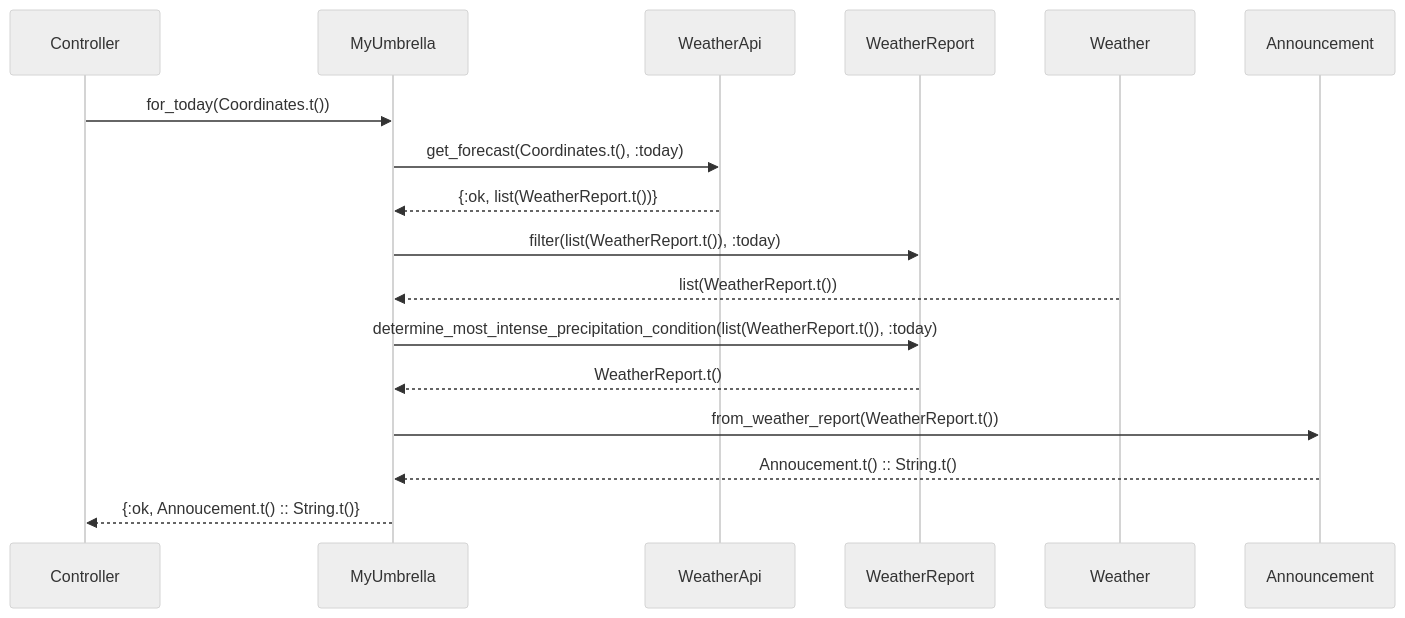
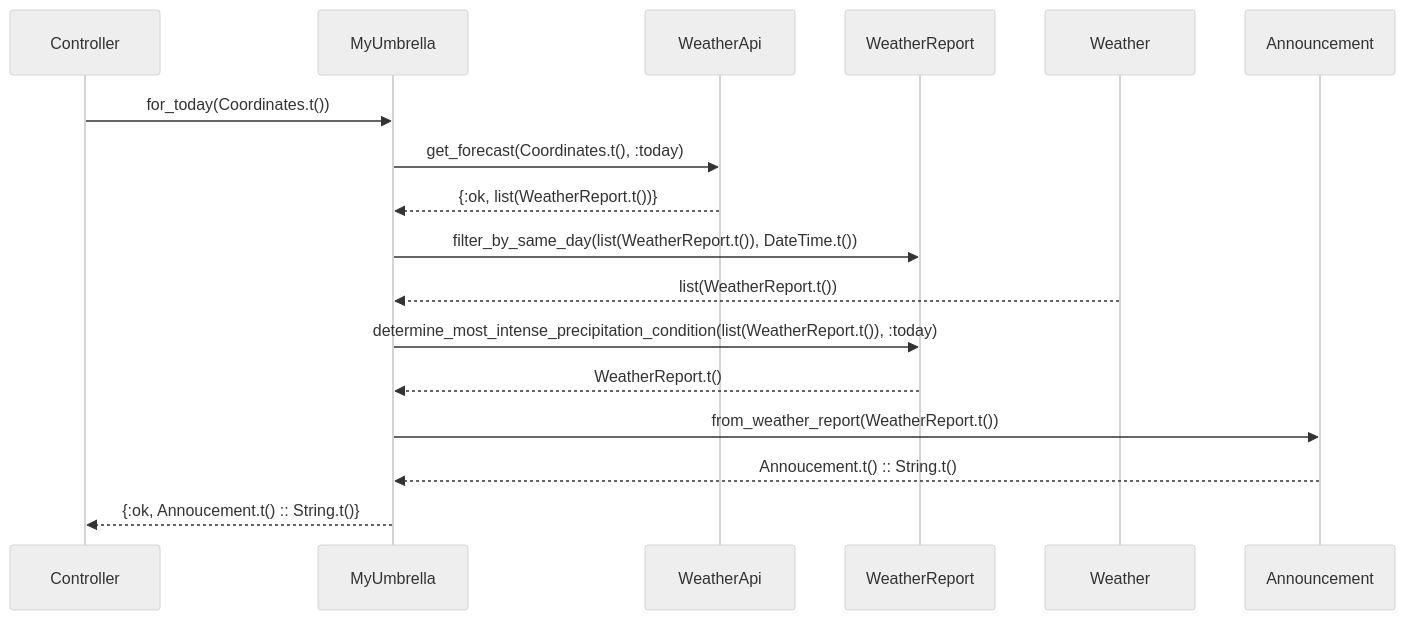
One commit to nicholasjhenry/my-umbrella changed the diagram in README.md. Above: the diagram before and after it, drawn with Mermaid (neutral theme). The commit also changed 2 other files, not shown here.

Commit message:
Filter by same day for UTC

````diff
--- a/README.md
+++ b/README.md
@@ -23,13 +23,13 @@
 ```mermaid
 sequenceDiagram
     Controller->>MyUmbrella: for_today(Coordinates.t())
     MyUmbrella->>WeatherApi: get_forecast(Coordinates.t(), :today)
     WeatherApi-->>MyUmbrella: {:ok, list(WeatherReport.t())}
-    MyUmbrella->>WeatherReport: filter(list(WeatherReport.t()), :today)
+    MyUmbrella->>WeatherReport: filter_by_same_day(list(WeatherReport.t()), DateTime.t())
     Weather-->>MyUmbrella: list(WeatherReport.t())
     MyUmbrella->>WeatherReport: determine_most_intense_precipitation_condition(list(WeatherReport.t()), :today)
     WeatherReport-->>MyUmbrella: WeatherReport.t()
     MyUmbrella->>Announcement: from_weather_report(WeatherReport.t())
     Announcement-->>MyUmbrella: Annoucement.t() :: String.t()
     MyUmbrella-->>Controller: {:ok, Annoucement.t() :: String.t()}
 ```
````
